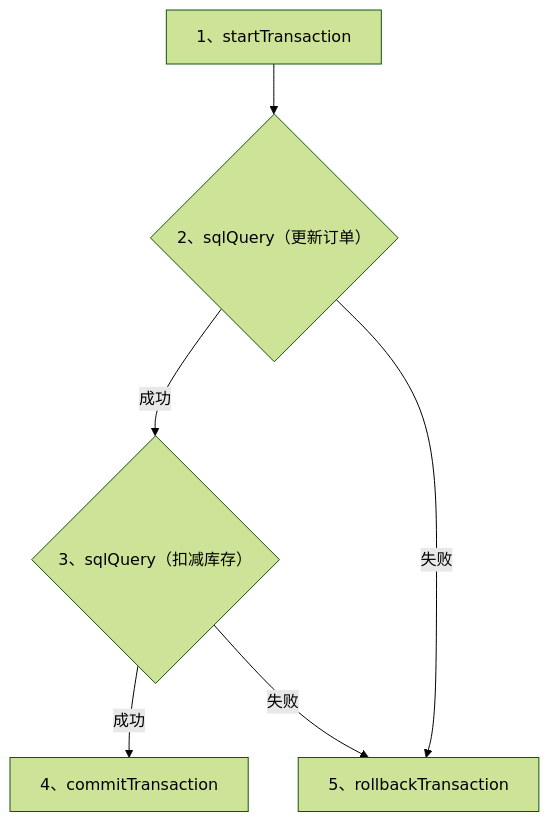
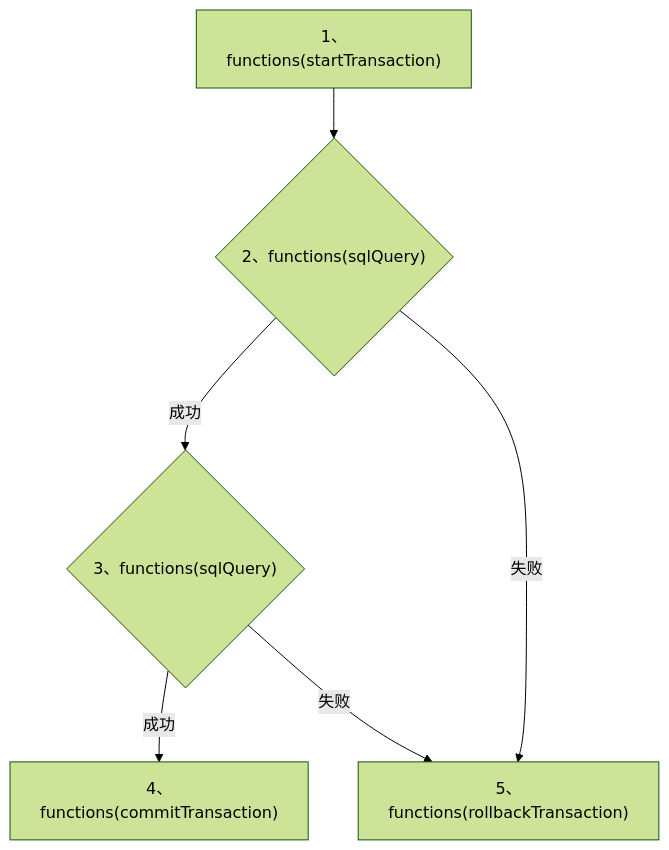
The diagram in docs/guides/components/functions_transaction_management_guide.md (neohetj/matrix), drawn with Mermaid (forest theme) before and after one commit. The commit also changed other lines of this file and 97 other files, not shown here.

````diff
--- a/docs/guides/components/functions_transaction_management_guide.md
+++ b/docs/guides/components/functions_transaction_management_guide.md
@@ -75,8 +60,8 @@
 ```mermaid
 flowchart TD
-    startTx["1、startTransaction"] --> updateOrder{"2、sqlQuery（更新订单）"};
-    updateOrder -- 成功 --> deductStock{"3、sqlQuery（扣减库存）"};
-    deductStock -- 成功 --> commitTx["4、commitTransaction"];
-    updateOrder -- 失败 --> rollbackTx["5、rollbackTransaction"];
+    startTx["1、functions(startTransaction)"] --> updateOrder{"2、functions(sqlQuery)"};
+    updateOrder -- 成功 --> deductStock{"3、functions(sqlQuery)"};
+    deductStock -- 成功 --> commitTx["4、functions(commitTransaction)"];
+    updateOrder -- 失败 --> rollbackTx["5、functions(rollbackTransaction)"];
     deductStock -- 失败 --> rollbackTx;
 ```
````
